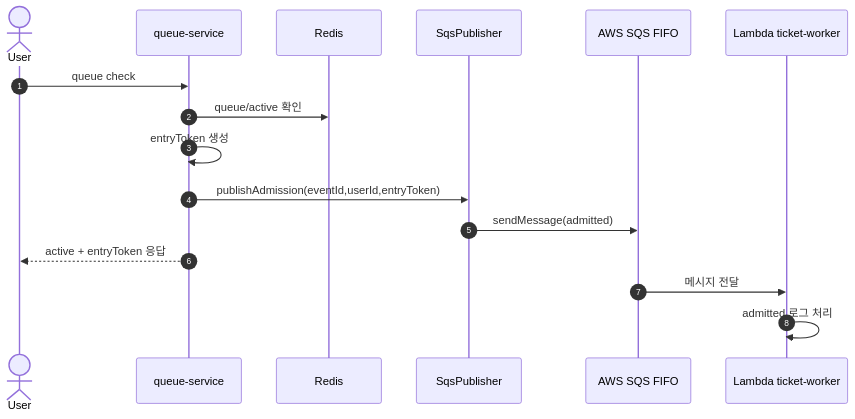
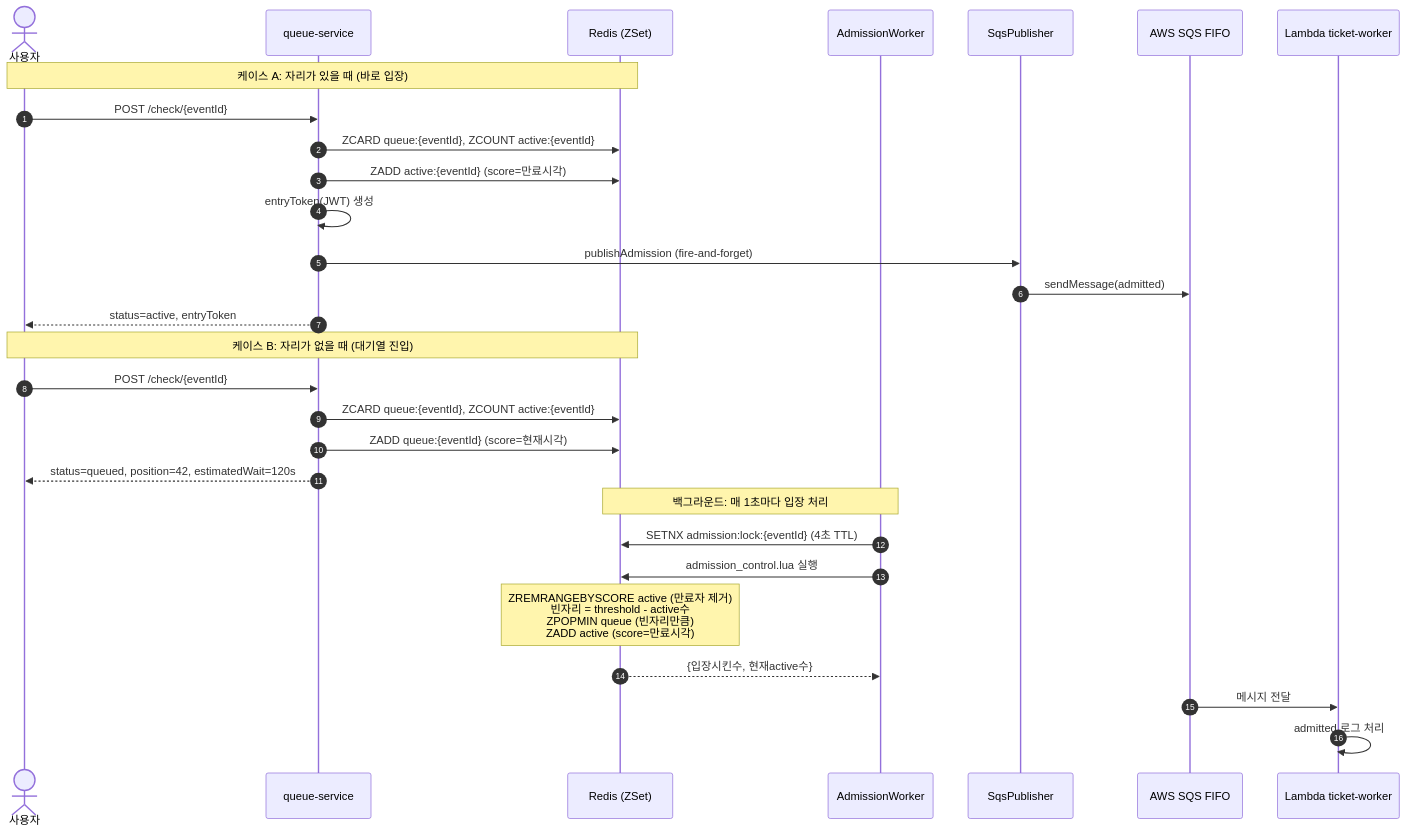
One commit to cchriscode/URR changed the first of 4 diagrams in docs/check8.md. Above: the diagram before and after it, drawn with Mermaid. The commit also changed other lines of this file and 1 other file, not shown here.

````diff
--- a/docs/check8.md
+++ b/docs/check8.md
@@ -341,19 +538,35 @@
 ```mermaid
 sequenceDiagram
   autonumber
-  actor U as User
+  actor U as 사용자
   participant Q as queue-service
-  participant R as Redis
+  participant R as Redis (ZSet)
+  participant W as AdmissionWorker
   participant SP as SqsPublisher
   participant S as AWS SQS FIFO
   participant L as Lambda ticket-worker
 
-  U->>Q: queue check
-  Q->>R: queue/active 확인
-  Q->>Q: entryToken 생성
-  Q->>SP: publishAdmission(eventId,userId,entryToken)
+  Note over U,R: 케이스 A: 자리가 있을 때 (바로 입장)
+  U->>Q: POST /check/{eventId}
+  Q->>R: ZCARD queue:{eventId}, ZCOUNT active:{eventId}
+  Q->>R: ZADD active:{eventId} (score=만료시각)
+  Q->>Q: entryToken(JWT) 생성
+  Q->>SP: publishAdmission (fire-and-forget)
   SP->>S: sendMessage(admitted)
-  Q-->>U: active + entryToken 응답
+  Q-->>U: status=active, entryToken
+
+  Note over U,R: 케이스 B: 자리가 없을 때 (대기열 진입)
+  U->>Q: POST /check/{eventId}
+  Q->>R: ZCARD queue:{eventId}, ZCOUNT active:{eventId}
+  Q->>R: ZADD queue:{eventId} (score=현재시각)
+  Q-->>U: status=queued, position=42, estimatedWait=120s
+
+  Note over W,R: 백그라운드: 매 1초마다 입장 처리
+  W->>R: SETNX admission:lock:{eventId} (4초 TTL)
+  W->>R: admission_control.lua 실행
+  Note over R: ZREMRANGEBYSCORE active (만료자 제거)<br/>빈자리 = threshold - active수<br/>ZPOPMIN queue (빈자리만큼)<br/>ZADD active (score=만료시각)
+  R-->>W: {입장시킨수, 현재active수}
+
   S->>L: 메시지 전달
   L->>L: admitted 로그 처리
 ```
````
